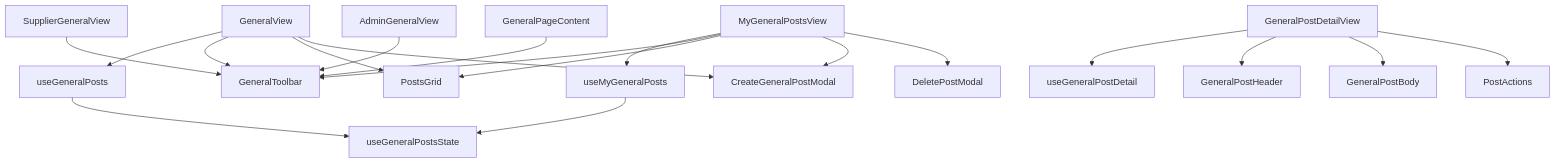
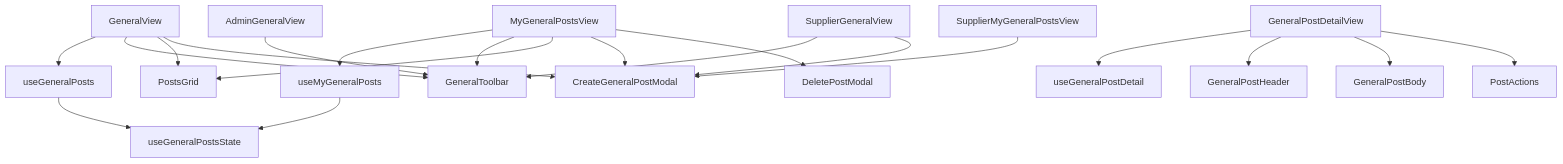
Before and after one commit to Mern-Unbeatable/mohammad_web: the diagram in src/modules/dash/user/pages/general/doc/STRUCTURE.md, drawn with Mermaid. The commit also changed other lines of this file and 11 other files, not shown here.

````diff
--- a/src/modules/dash/user/pages/general/doc/STRUCTURE.md
+++ b/src/modules/dash/user/pages/general/doc/STRUCTURE.md
@@ -73,10 +76,11 @@
 ```mermaid
 flowchart TD
   GeneralView --> useGeneralPosts --> useGeneralPostsState
   MyGeneralPostsView --> useMyGeneralPosts --> useGeneralPostsState
   GeneralView & MyGeneralPostsView --> GeneralToolbar & PostsGrid & CreateGeneralPostModal
   MyGeneralPostsView --> DeletePostModal
   GeneralPostDetailView --> useGeneralPostDetail
   GeneralPostDetailView --> GeneralPostHeader & GeneralPostBody & PostActions
-  SupplierGeneralView & AdminGeneralView & GeneralPageContent --> GeneralToolbar
+  SupplierGeneralView & AdminGeneralView --> GeneralToolbar
+  SupplierGeneralView & SupplierMyGeneralPostsView --> CreateGeneralPostModal
 ```
````
